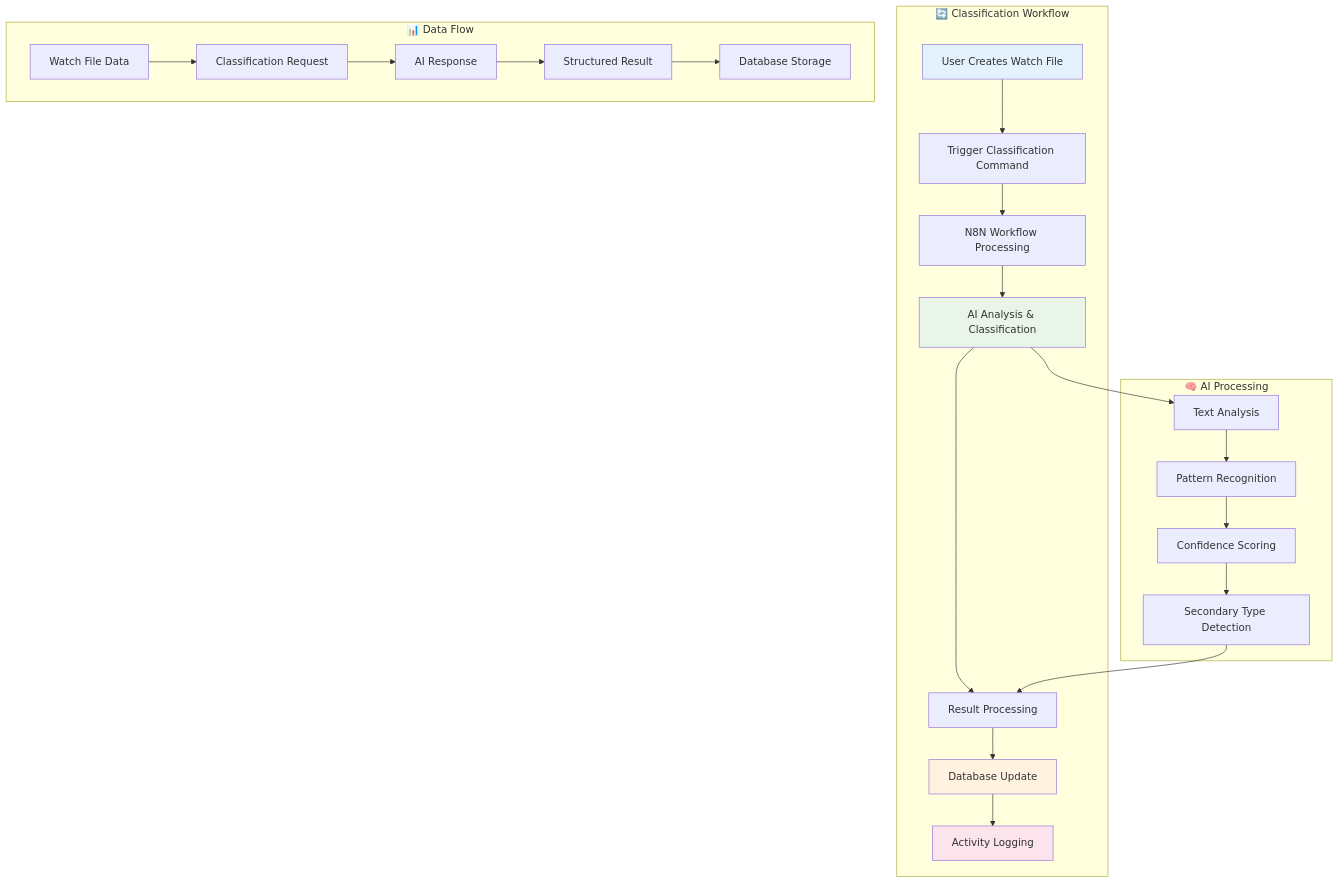
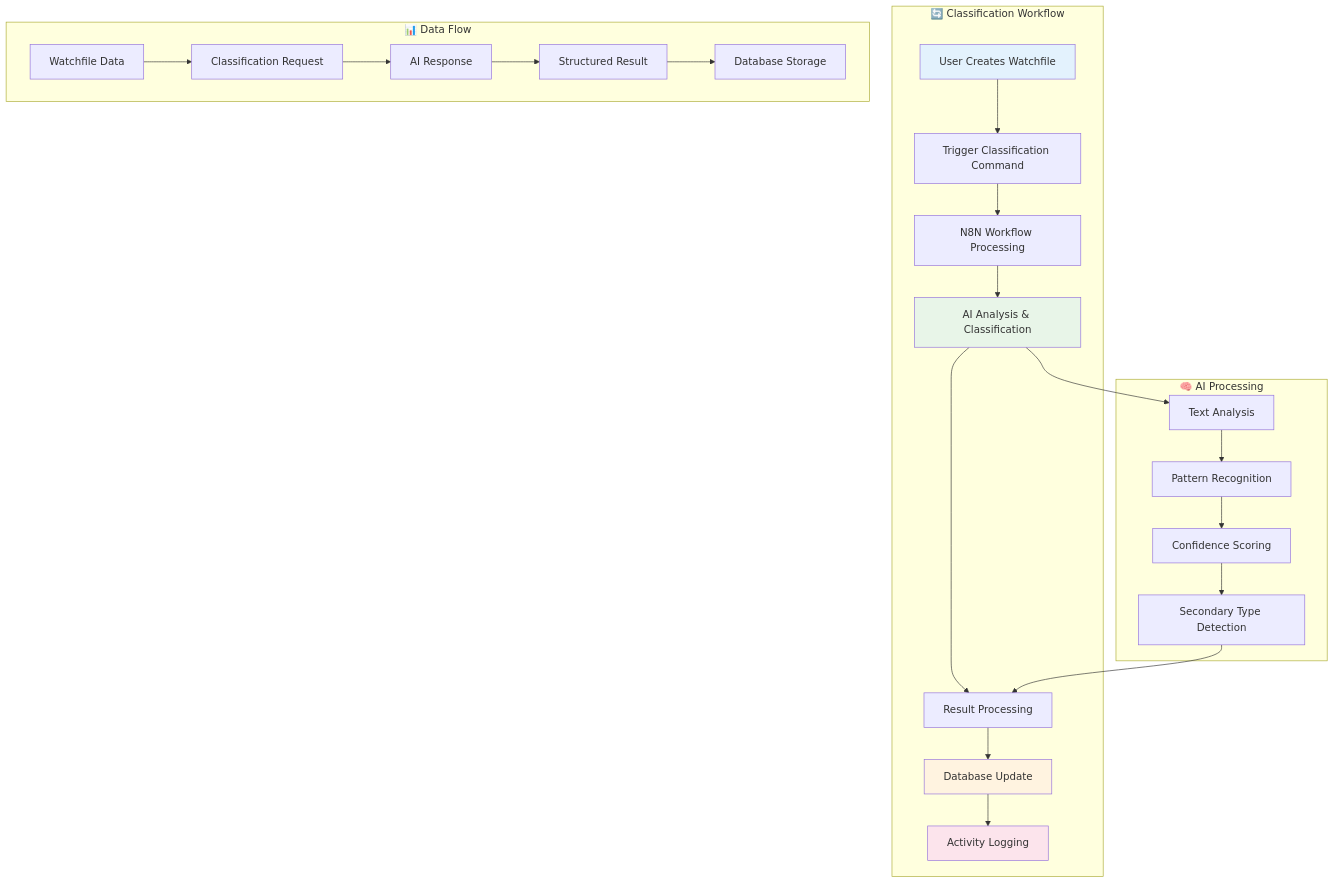
The diagram in apps/target/docs/watchfile-classification-workflow.md (secharif-chaps/qa-orchestrator-public), drawn with Mermaid before and after one commit. The commit also changed other lines of this file and 183 other files, not shown here.

````diff
--- a/apps/target/docs/watchfile-classification-workflow.md
+++ b/apps/target/docs/watchfile-classification-workflow.md
@@ -16,41 +16,41 @@
 ```mermaid
 graph TB
     subgraph "🔄 Classification Workflow"
-        A1[User Creates Watch File]
+        A1[User Creates Watchfile]
         A2[Trigger Classification Command]
         A3[N8N Workflow Processing]
         A4[AI Analysis & Classification]
         A5[Result Processing]
         A6[Database Update]
         A7[Activity Logging]
 
         A1 --> A2 --> A3 --> A4 --> A5 --> A6 --> A7
     end
 
     subgraph "🧠 AI Processing"
         B1[Text Analysis]
         B2[Pattern Recognition]
         B3[Confidence Scoring]
         B4[Secondary Type Detection]
 
         B1 --> B2 --> B3 --> B4
     end
 
     subgraph "📊 Data Flow"
-        C1[Watch File Data]
+        C1[Watchfile Data]
         C2[Classification Request]
         C3[AI Response]
         C4[Structured Result]
         C5[Database Storage]
 
         C1 --> C2 --> C3 --> C4 --> C5
     end
 
     A4 --> B1
     B4 --> A5
 
     style A1 fill:#e3f2fd
     style A4 fill:#e8f5e8
     style A6 fill:#fff3e0
     style A7 fill:#fce4ec
 ```
````
